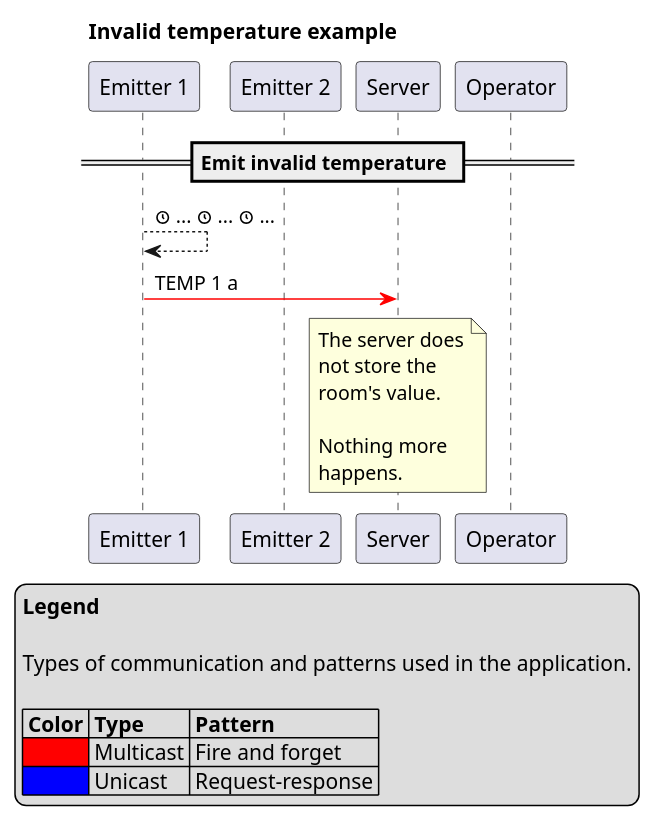
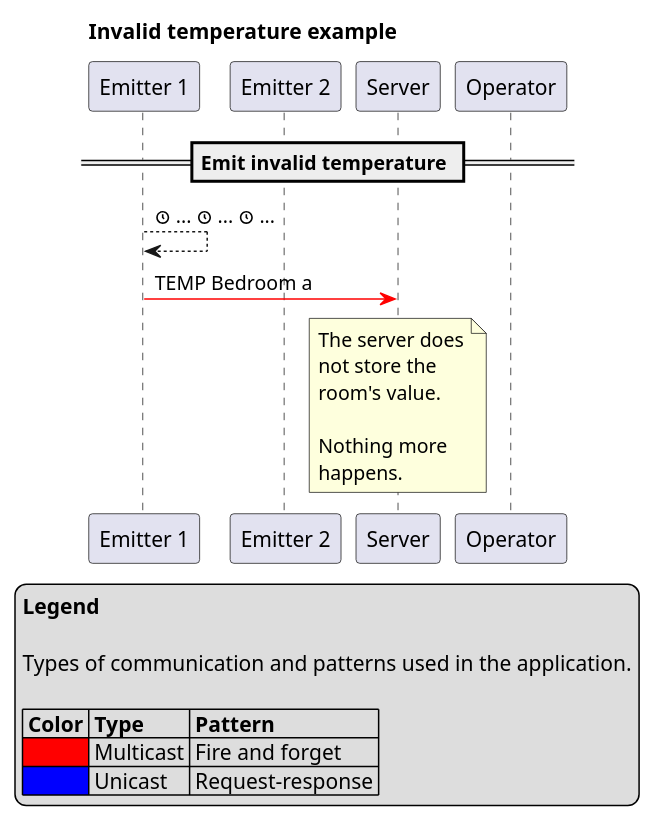
Before and after one commit to heig-vd-dai-course/heig-vd-dai-course-solutions: the diagram in 11-define-an-application-protocol/02-temperature-monitoring-application/images/example-2-invalid-temperature.plantuml, drawn with PlantUML. The commit also changed 10 other files, not shown here.

Commit message:
Improve "Temperature monitoring" UDP application (diagram + code) (#19)

```diff
--- a/11-define-an-application-protocol/02-temperature-monitoring-application/images/example-2-invalid-temperature.plantuml
+++ b/11-define-an-application-protocol/02-temperature-monitoring-application/images/example-2-invalid-temperature.plantuml
@@ -1,34 +1,34 @@
 @startuml invalid-temperature-example
 
 title "Invalid temperature example"
 
 participant "Emitter 1" as e1
 participant "Emitter 2" as e2
 participant "Server" as s
 participant "Operator" as o
 
 == Emit invalid temperature ==
 
 e1 --> e1: <&clock> ... <&clock> ... <&clock> ...
-e1 -[#red]> s: TEMP 1 a
+e1 -[#red]> s: TEMP Bedroom a
 
 note over s
 The server does
 not store the
 room's value.
 
 Nothing more
 happens.
 end note
 
 legend
 **Legend**
 
 Types of communication and patterns used in the application.
 
 | **Color** | **Type**  | **Pattern**      |
 | <#red>    | Multicast | Fire and forget  |
 | <#blue>   | Unicast   | Request-response |
 endlegend
 
 @enduml
```
